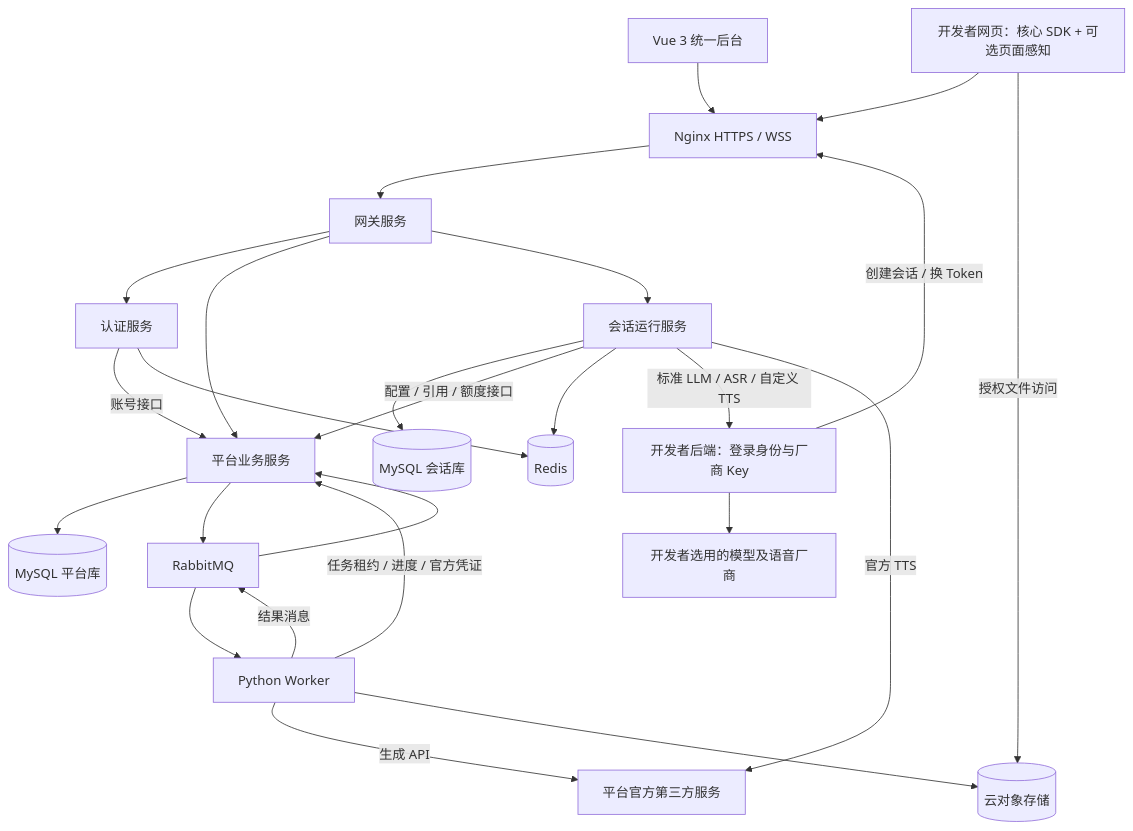
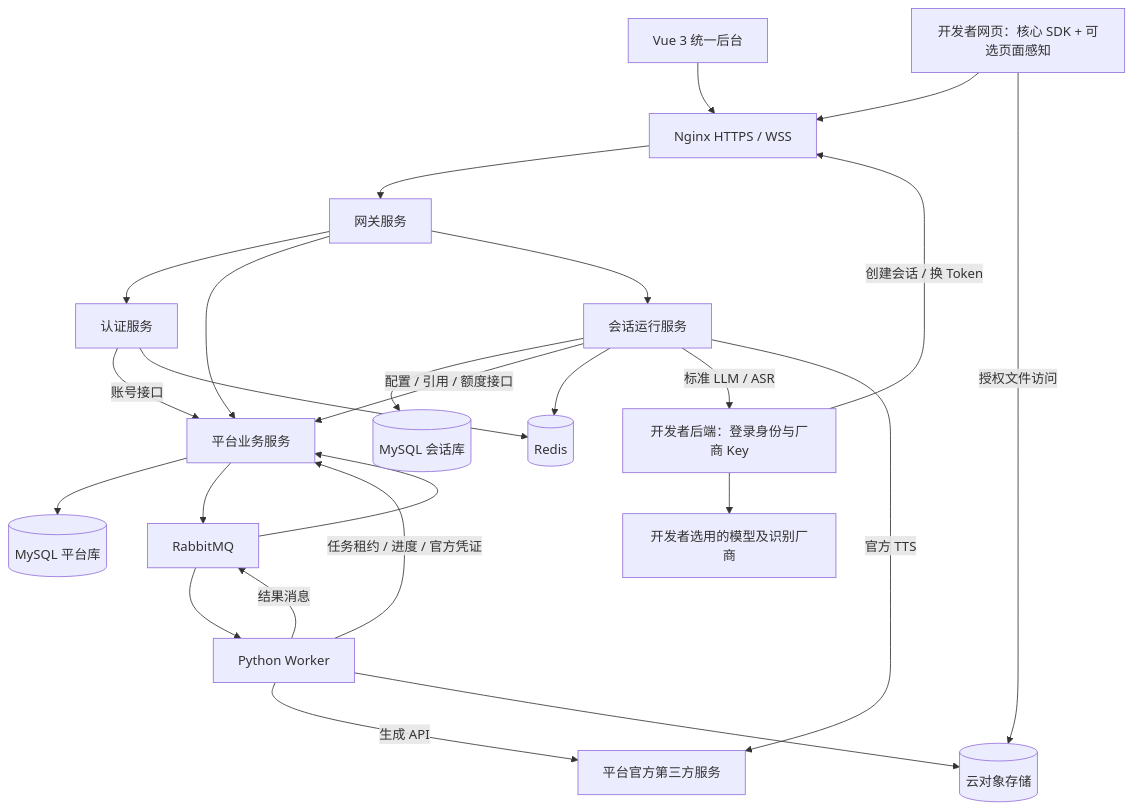
The diagram in 项目架构说明书.md (liunianaw/LN-virtual-human-platform), drawn with Mermaid before and after one commit. The commit also changed other lines of this file and 6 other files, not shown here.

````diff
--- a/项目架构说明书.md
+++ b/项目架构说明书.md
@@ -30,27 +34,27 @@
 ```mermaid
 flowchart TB
   Console[Vue 3 统一后台] --> Edge[Nginx HTTPS / WSS]
   SDK[开发者网页：核心 SDK + 可选页面感知] --> Edge
   Dev[开发者后端：登录身份与厂商 Key] -->|创建会话 / 换 Token| Edge
   Edge --> GW[网关服务]
   GW --> Auth[认证服务]
   GW --> Platform[平台业务服务]
   GW --> Session[会话运行服务]
   Auth -->|账号接口| Platform
   Platform --> PDB[(MySQL 平台库)]
   Session --> SDB[(MySQL 会话库)]
   Session -->|配置 / 引用 / 额度接口| Platform
   Auth --> Redis[(Redis)]
   Session --> Redis
   Platform --> MQ[RabbitMQ]
   MQ --> Worker[Python Worker]
   Worker -->|结果消息| MQ
   MQ --> Platform
   Worker -->|任务租约 / 进度 / 官方凭证| Platform
   Worker -->|生成 API| Official[平台官方第三方服务]
   Worker --> Cloud[(云对象存储)]
-  Session -->|标准 LLM / ASR / 自定义 TTS| Dev
-  Dev --> Vendor[开发者选用的模型及语音厂商]
+  Session -->|标准 LLM / ASR| Dev
+  Dev --> Vendor[开发者选用的模型及识别厂商]
   Session -->|官方 TTS| Official
   SDK -->|授权文件访问| Cloud
 ```
````
